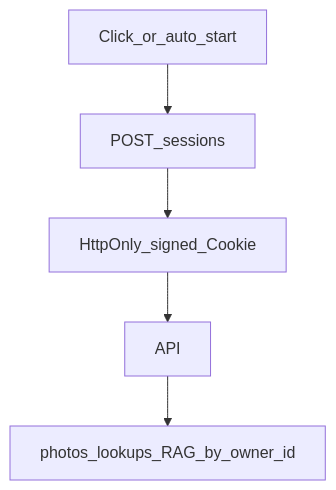
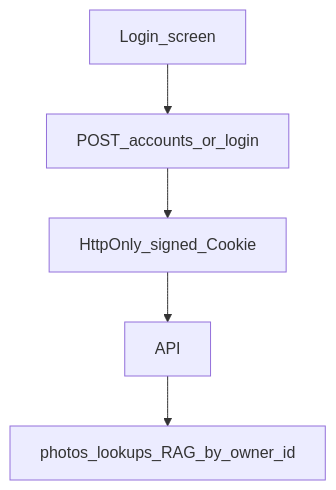
Before and after one commit to neko-rr/20261015-zen-hackathon: the second of 2 diagrams in docs/architecture.md, drawn with Mermaid. The commit also changed other lines of this file and 146 other files, not shown here.

````diff
--- a/docs/architecture.md
+++ b/docs/architecture.md
@@ -70,7 +73,7 @@
 ```mermaid
 flowchart TB
-  click[Click_or_auto_start] --> mint[POST_sessions]
-  mint --> cookie[HttpOnly_signed_Cookie]
+  gate[Login_screen] --> account["POST_accounts_or_login"]
+  account --> cookie[HttpOnly_signed_Cookie]
   cookie --> api[API]
   api --> owned["photos_lookups_RAG_by_owner_id"]
 ```
````
